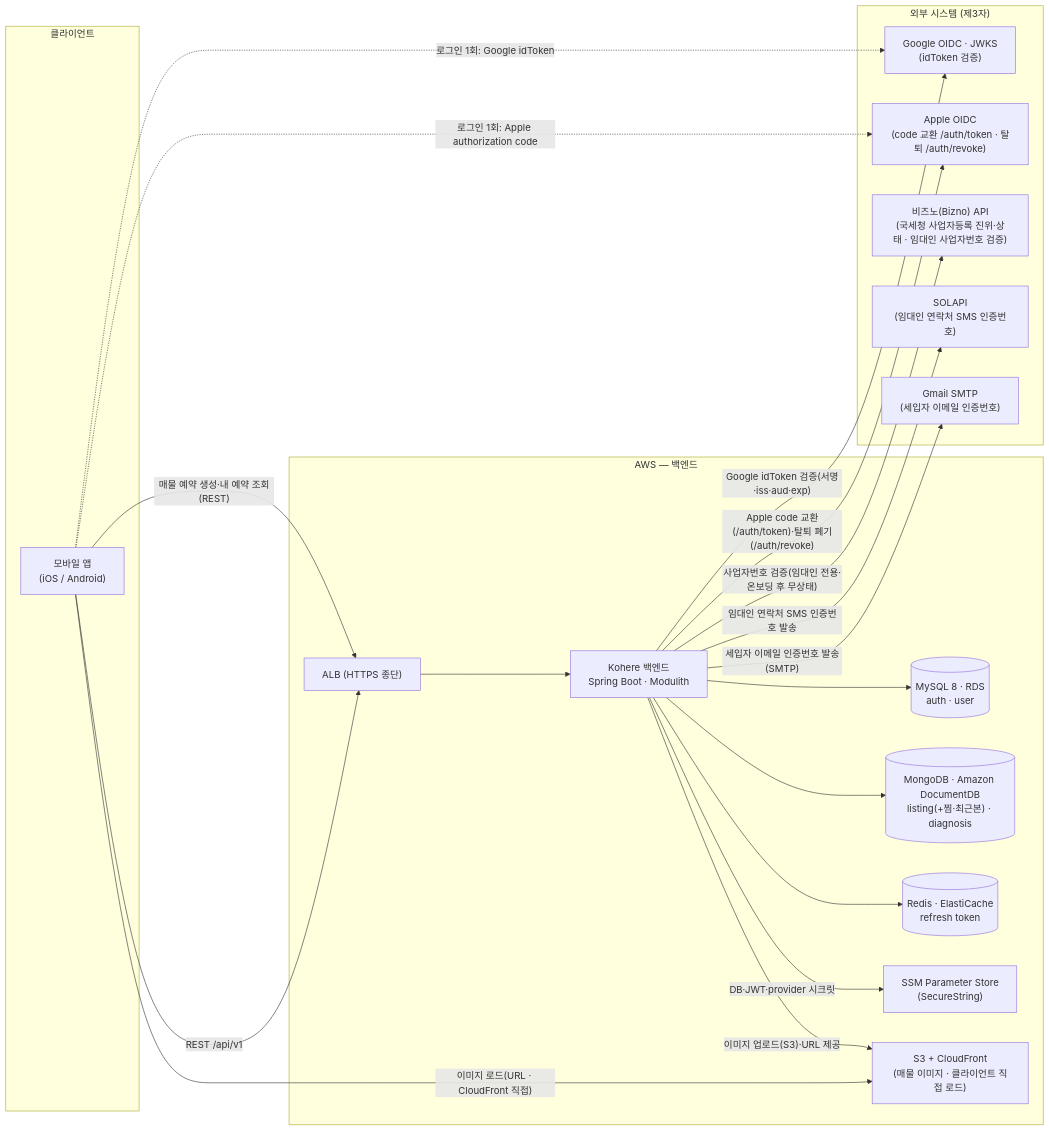
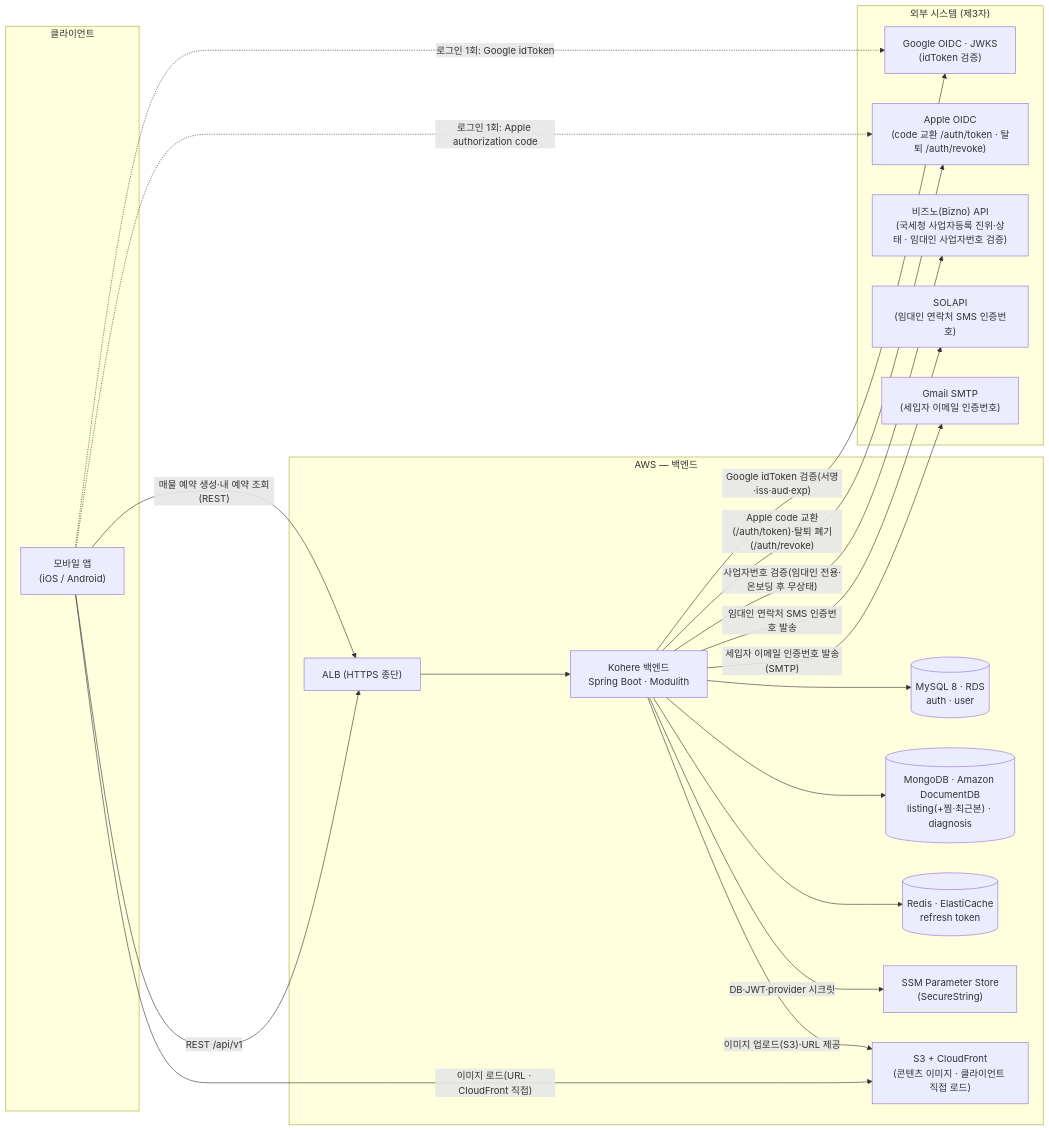
Before and after one commit to jameskim9509/Kohere-backend: the first of 5 diagrams in docs/architecture/system-overview.md, drawn with Mermaid. The commit also changed other lines of this file and 18 other files, not shown here.

First line of the commit message:
refactor(infra): 이미지 버킷을 콘텐츠 이미지 공용으로 일반화

````diff
--- a/docs/architecture/system-overview.md
+++ b/docs/architecture/system-overview.md
@@ -29,41 +29,41 @@
 ```mermaid
 flowchart LR
     subgraph Client["클라이언트"]
       APP["모바일 앱<br/>(iOS / Android)"]
     end
 
     subgraph External["외부 시스템 (제3자)"]
       OIDC["Google OIDC · JWKS<br/>(idToken 검증)"]
       APPLE["Apple OIDC<br/>(code 교환 /auth/token · 탈퇴 /auth/revoke)"]
       BIZNO["비즈노(Bizno) API<br/>(국세청 사업자등록 진위·상태 · 임대인 사업자번호 검증)"]
       SOLAPI["SOLAPI<br/>(임대인 연락처 SMS 인증번호)"]
       MAIL["Gmail SMTP<br/>(세입자 이메일 인증번호)"]
     end
 
     subgraph Cloud["AWS — 백엔드"]
       ALB["ALB (HTTPS 종단)"]
       SRV["Kohere 백엔드<br/>Spring Boot · Modulith"]
       MYSQL[("MySQL 8 · RDS<br/>auth · user")]
       MONGO[("MongoDB · Amazon DocumentDB<br/>listing(+찜·최근본) · diagnosis")]
       REDIS[("Redis · ElastiCache<br/>refresh token")]
       SECRET["SSM Parameter Store<br/>(SecureString)"]
-      CDN["S3 + CloudFront<br/>(매물 이미지 · 클라이언트 직접 로드)"]
+      CDN["S3 + CloudFront<br/>(콘텐츠 이미지 · 클라이언트 직접 로드)"]
     end
 
     APP -- "REST /api/v1" --> ALB
     ALB --> SRV
     APP -. "로그인 1회: Google idToken" .-> OIDC
     APP -. "로그인 1회: Apple authorization code" .-> APPLE
     SRV -- "Google idToken 검증(서명·iss·aud·exp)" --> OIDC
     SRV -- "Apple code 교환(/auth/token)·탈퇴 폐기(/auth/revoke)" --> APPLE
     SRV -- "사업자번호 검증(임대인 전용·온보딩 후 무상태)" --> BIZNO
     SRV -- "임대인 연락처 SMS 인증번호 발송" --> SOLAPI
     SRV -- "세입자 이메일 인증번호 발송(SMTP)" --> MAIL
     SRV --> MYSQL
     SRV --> MONGO
     SRV --> REDIS
     APP -- "매물 예약 생성·내 예약 조회(REST)" --> ALB
     APP -- "이미지 로드(URL · CloudFront 직접)" --> CDN
     SRV -- "이미지 업로드(S3)·URL 제공" --> CDN
     SRV -- "DB·JWT·provider 시크릿" --> SECRET
 ```
````
